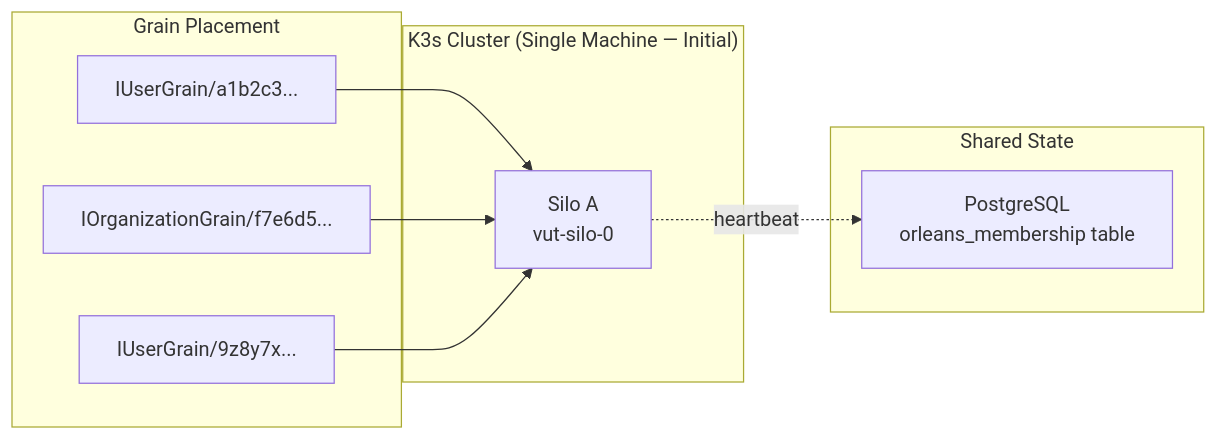
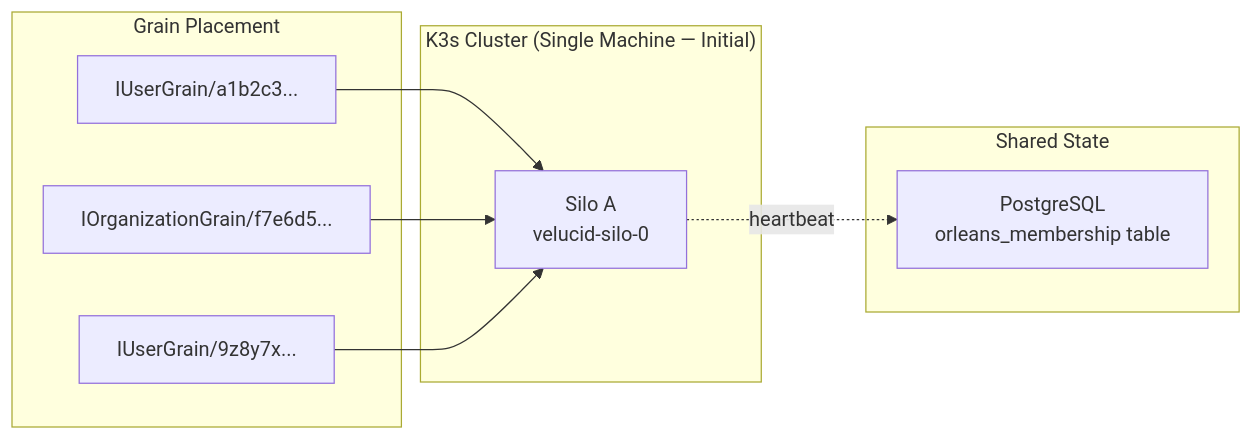
Before and after one commit to lekhasy/Vut: the fourth of 23 diagrams in epics/01-epic-first-signin-org/architecture/architecture.md, drawn with Mermaid. The commit also changed other lines of this file and 154 other files, not shown here.

````diff
--- a/epics/01-epic-first-signin-org/architecture/architecture.md
+++ b/epics/01-epic-first-signin-org/architecture/architecture.md
@@ -280,18 +280,18 @@
 ```mermaid
 graph LR
     subgraph "K3s Cluster (Single Machine — Initial)"
-        N1["Silo A<br/>vut-silo-0"]
+        N1["Silo A<br/>velucid-silo-0"]
     end
 
     subgraph "Grain Placement"
         I1["IUserGrain/a1b2c3..."] --> N1
         I2["IOrganizationGrain/f7e6d5..."] --> N1
         I3["IUserGrain/9z8y7x..."] --> N1
     end
 
     subgraph "Shared State"
         PG["PostgreSQL<br/>orleans_membership table"]
     end
 
     N1 -.->|heartbeat| PG
 ```
````
